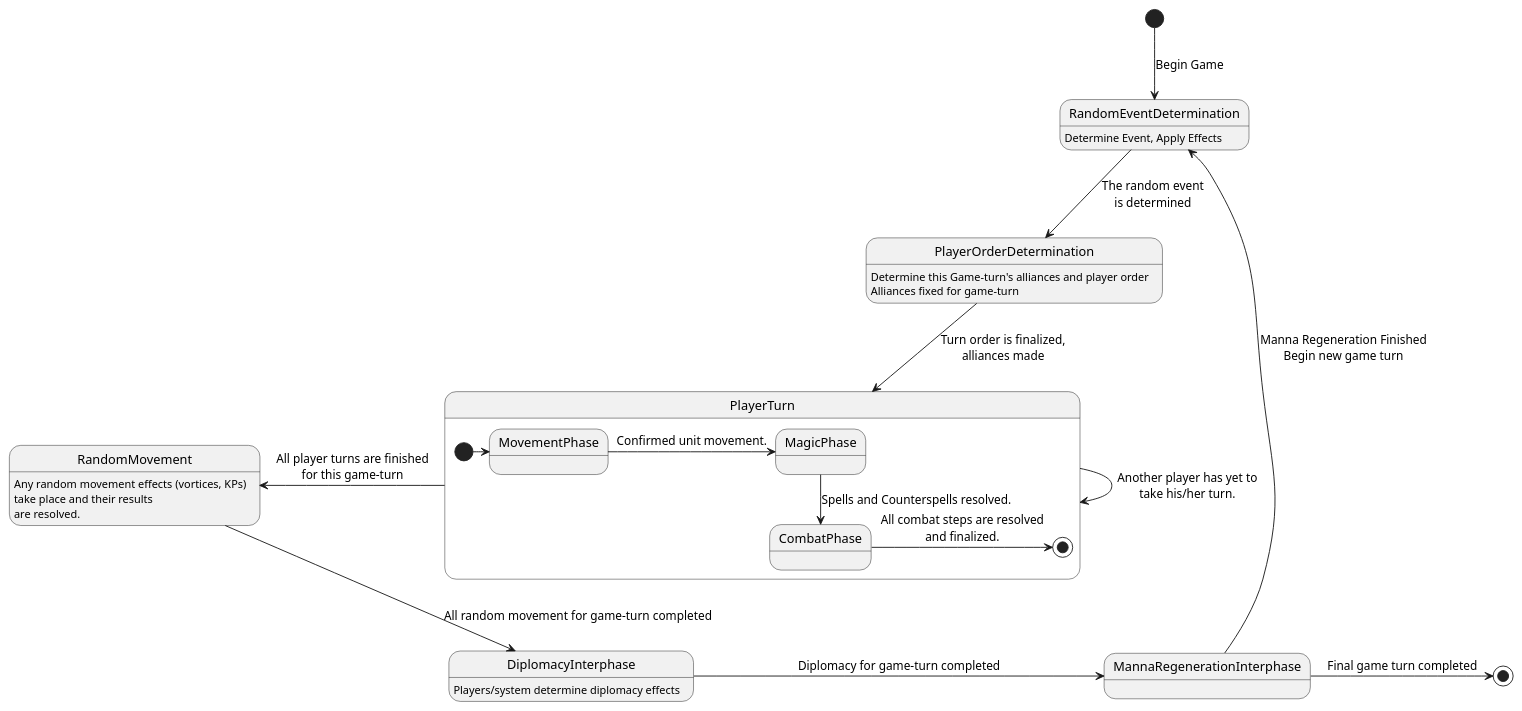
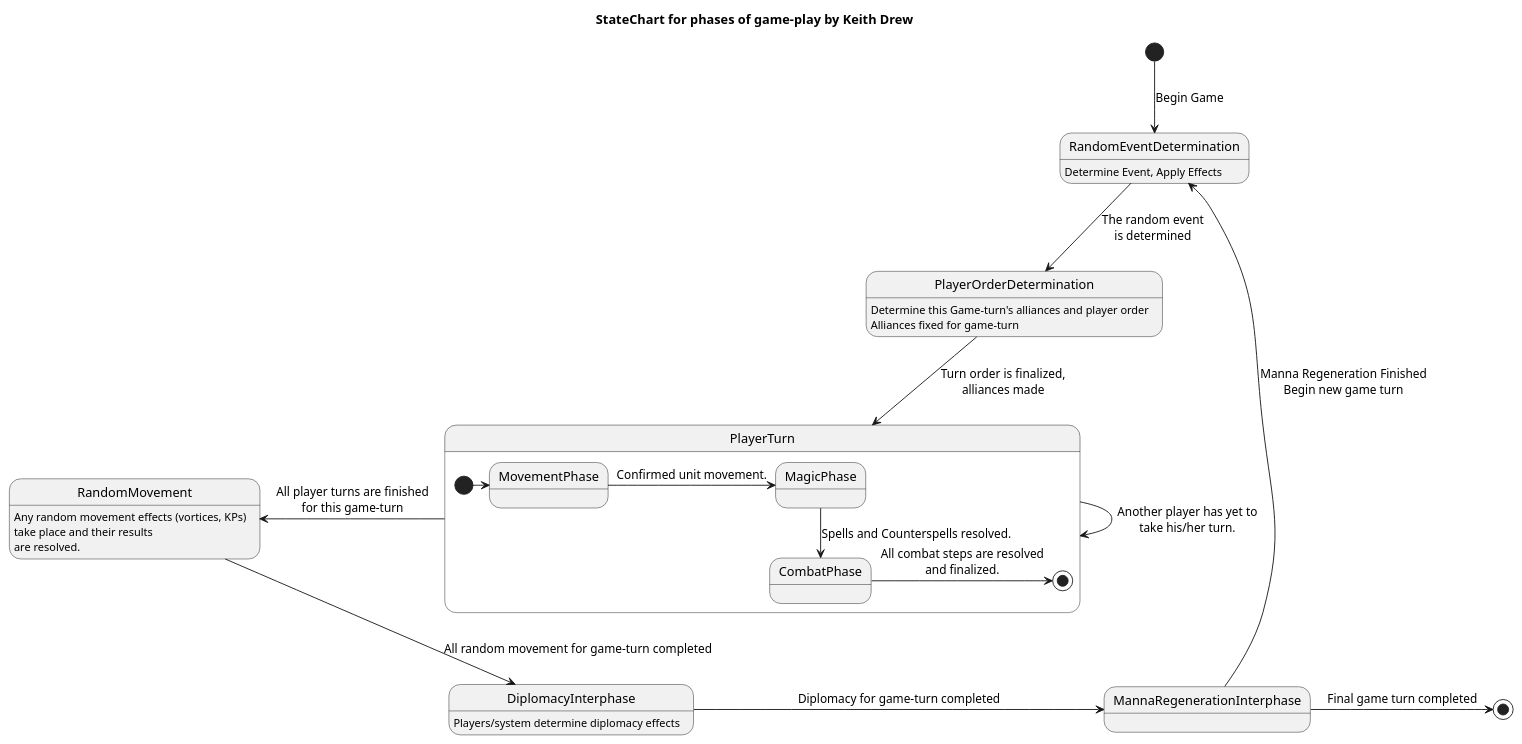
One commit to cjeffery/sworsorc changed the diagram in doc/StateCharts/GameTurnSC.pu. Above: the diagram before and after it, drawn with PlantUML. The commit also changed 1 other file, not shown here.

```diff
--- a/doc/StateCharts/GameTurnSC.pu
+++ b/doc/StateCharts/GameTurnSC.pu
@@ -3,27 +3,28 @@
 @startuml
+title StateChart for phases of game-play by Keith Drew
 [*] --> RandomEventDetermination : Begin Game
 RandomEventDetermination : Determine Event, Apply Effects
 
 RandomEventDetermination --> PlayerOrderDetermination : The random event\nis determined
 PlayerOrderDetermination : Determine this Game-turn's alliances and player order
 PlayerOrderDetermination : Alliances fixed for game-turn
 
 PlayerOrderDetermination -down-> PlayerTurn : Turn order is finalized,\nalliances made 
 state PlayerTurn {
 [*] -> MovementPhase 
 MovementPhase -> MagicPhase : Confirmed unit movement.
 MagicPhase -down-> CombatPhase : Spells and Counterspells resolved.
 CombatPhase -> [*] : All combat steps are resolved\nand finalized.
 } 
 
 PlayerTurn -> PlayerTurn : Another player has yet to\ntake his/her turn.
 PlayerTurn -> RandomMovement : All player turns are finished\nfor this game-turn
 RandomMovement --> DiplomacyInterphase : All random movement for game-turn completed
 RandomMovement : Any random movement effects (vortices, KPs)\ntake place and their results\nare resolved.
 
 
 DiplomacyInterphase : Players/system determine diplomacy effects
 DiplomacyInterphase -> MannaRegenerationInterphase : Diplomacy for game-turn completed
 MannaRegenerationInterphase -up-> RandomEventDetermination : Manna Regeneration Finished\nBegin new game turn
 MannaRegenerationInterphase -> [*] : Final game turn completed
 @enduml
```
